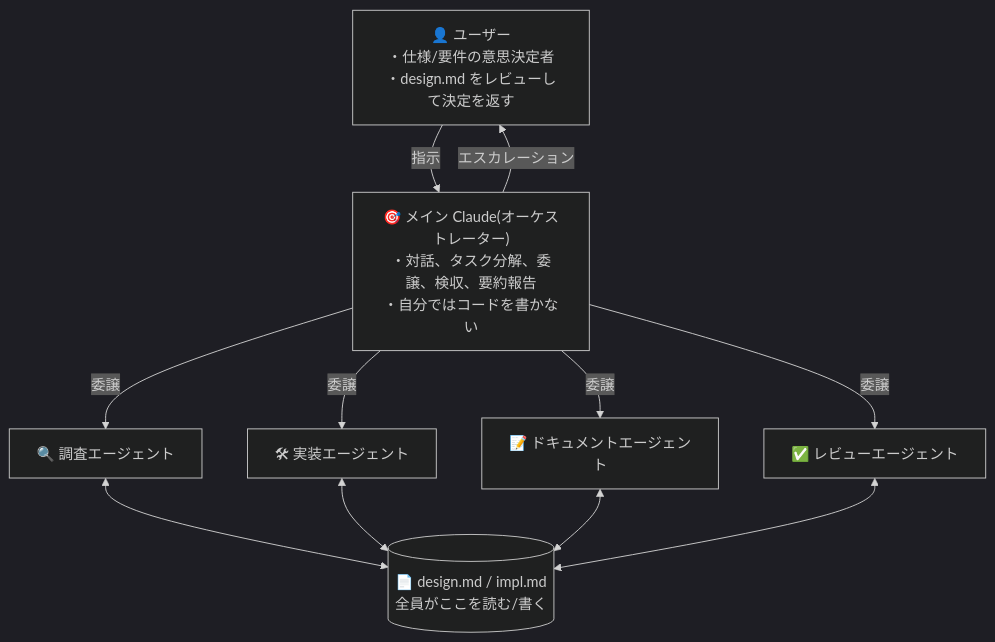
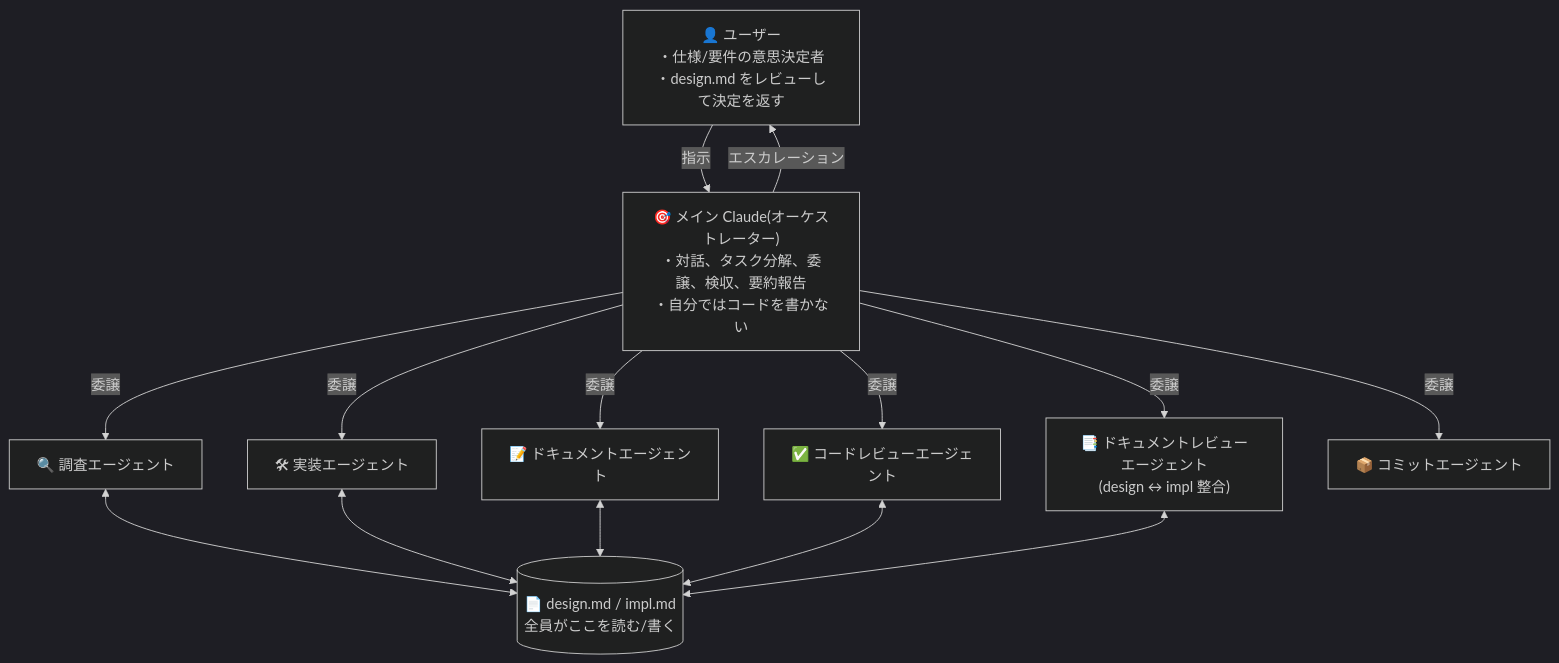
Before and after one commit to ayatsuki-meowmeow/skills: the diagram in USAGE.ja.md, drawn with Mermaid (dark theme). The commit also changed other lines of this file and 1 other file, not shown here.

First line of the commit message:
document parallel code/doc review in USAGE guides

````diff
--- a/USAGE.ja.md
+++ b/USAGE.ja.md
@@ -18,23 +18,28 @@
 ```mermaid
 flowchart TD
     User["👤 ユーザー<br/>・仕様/要件の意思決定者<br/>・design.md をレビューして決定を返す"]
     Main["🎯 メイン Claude(オーケストレーター)<br/>・対話、タスク分解、委譲、検収、要約報告<br/>・自分ではコードを書かない"]
     Investigate["🔍 調査エージェント"]
     Implement["🛠 実装エージェント"]
     Doc["📝 ドキュメントエージェント"]
-    Review["✅ レビューエージェント"]
+    CodeReview["✅ コードレビューエージェント"]
+    DocReview["📑 ドキュメントレビューエージェント<br/>(design ↔ impl 整合)"]
+    Commit["📦 コミットエージェント"]
     Docs[("📄 design.md / impl.md<br/>全員がここを読む/書く")]
 
     User -- "指示" --> Main
     Main -- "エスカレーション" --> User
 
     Main -- "委譲" --> Investigate
     Main -- "委譲" --> Implement
     Main -- "委譲" --> Doc
-    Main -- "委譲" --> Review
+    Main -- "委譲" --> CodeReview
+    Main -- "委譲" --> DocReview
+    Main -- "委譲" --> Commit
 
     Investigate <--> Docs
     Implement <--> Docs
     Doc <--> Docs
-    Review <--> Docs
+    CodeReview <--> Docs
+    DocReview <--> Docs
 ```
````
